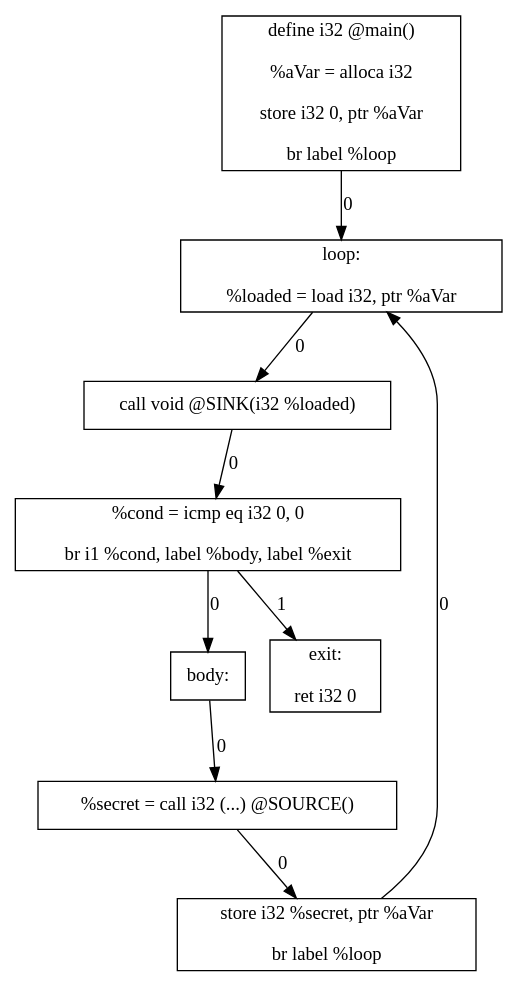
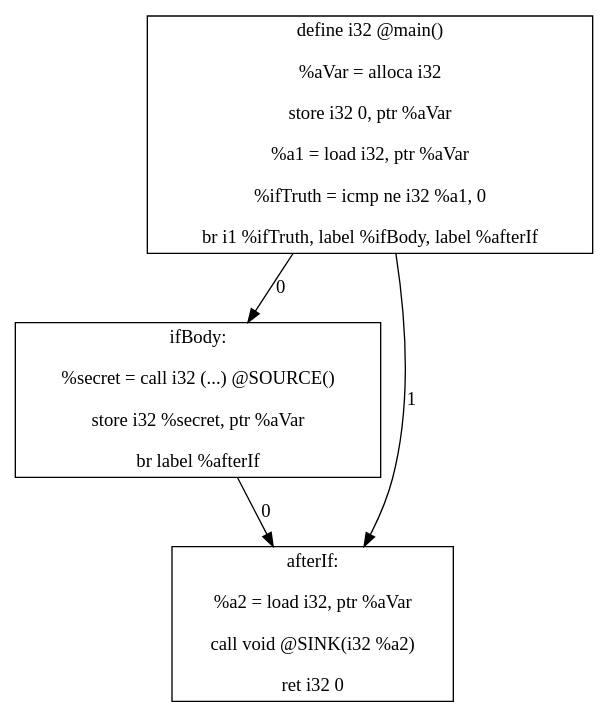
The diagram in main.dot (danielosw/eecs-677-project-2), drawn with Graphviz before and after one commit. The commit also changed 1 other file, not shown here.

```diff
--- a/main.dot
+++ b/main.dot
@@ -1,18 +1,8 @@
 digraph {
-		Node0 [shape=record,label="define i32 @main() \n\n  %aVar = alloca i32\n\n  store i32 0, ptr %aVar\n\n  br label %loop\n"]
-		Node1 [shape=record,label="loop:\n\n  %loaded = load i32, ptr %aVar\n"]
-		Node2 [shape=record,label="  call void @SINK(i32 %loaded)\n"]
-		Node3 [shape=record,label="  %cond = icmp eq i32 0, 0\n\n  br i1 %cond, label %body, label %exit\n"]
-		Node4 [shape=record,label="body:\n"]
-		Node5 [shape=record,label="  %secret = call i32 (...) @SOURCE()\n"]
-		Node6 [shape=record,label="  store i32 %secret, ptr %aVar\n\n  br label %loop\n"]
-		Node7 [shape=record,label="exit:\n\n  ret i32 0\n"]
+		Node0 [shape=record,label="define i32 @main() \n\n  %aVar = alloca i32\n\n  store i32 0, ptr %aVar\n\n  %a1 = load i32, ptr %aVar\n\n  %ifTruth = icmp ne i32 %a1, 0\n\n  br i1 %ifTruth, label %ifBody, label %afterIf\n"]
+		Node1 [shape=record,label="ifBody:\n\n  %secret = call i32 (...) @SOURCE()\n\n  store i32 %secret, ptr %aVar\n\n  br label %afterIf\n"]
+		Node2 [shape=record,label="afterIf:\n\n  %a2 = load i32, ptr %aVar\n\n  call void @SINK(i32 %a2)\n\n  ret i32 0\n"]
 		Node0 -> Node1 [label=0];
+		Node0 -> Node2 [label=1];
 		Node1 -> Node2 [label=0];
-		Node2 -> Node3 [label=0];
-		Node3 -> Node4 [label=0];
-		Node3 -> Node7 [label=1];
-		Node4 -> Node5 [label=0];
-		Node5 -> Node6 [label=0];
-		Node6 -> Node1 [label=0];
 }
```
